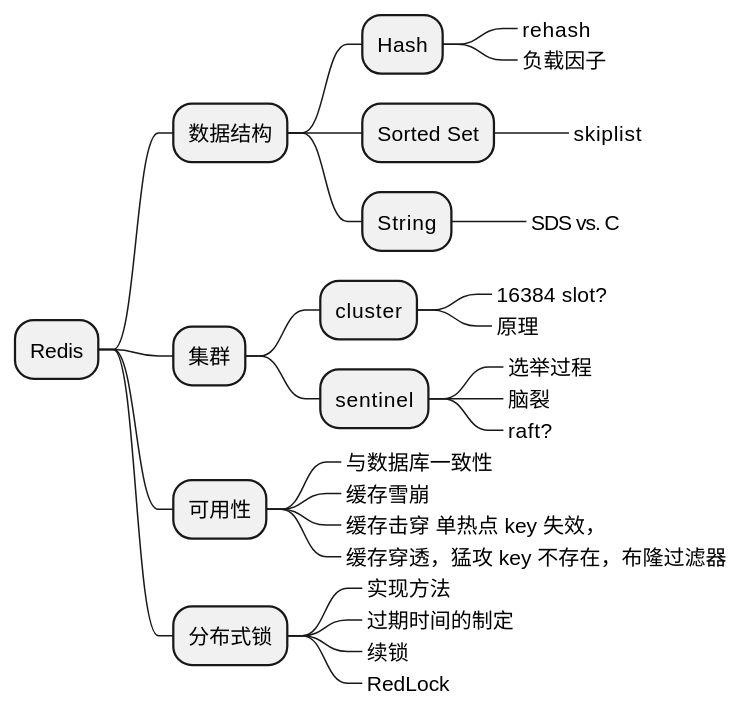
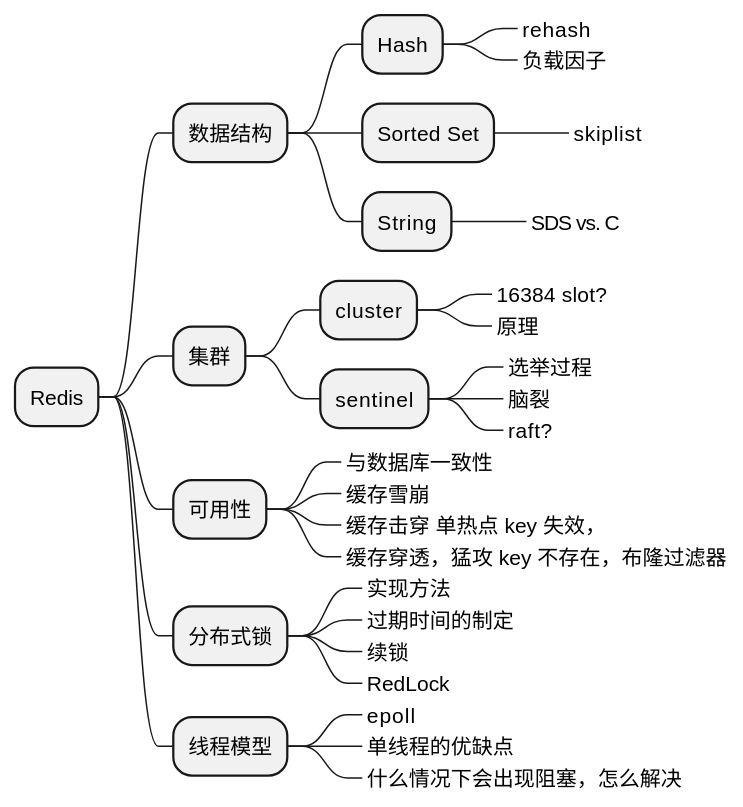
One commit to Gh0st99/Gh0st99.github.io changed the sixth of 7 diagrams in _posts/2021-05-27-查漏补缺.md. Above: the diagram before and after it, drawn with PlantUML. The commit also changed other lines of this file, not shown here.

````diff
--- a/_posts/2021-05-27-查漏补缺.md
+++ b/_posts/2021-05-27-查漏补缺.md
@@ -157,37 +268,41 @@
 ```plantuml
 @startmindmap
 * Redis
 ** 数据结构
 *** Hash
 ****_ rehash
 ****_ 负载因子
 *** Sorted Set
 ****_ skiplist
 *** String
 ****_ SDS vs. C
 
 
 ** 集群
 *** cluster
 ****_ 16384 slot?
 ****_ 原理
 
 *** sentinel
 ****_ 选举过程
 ****_ 脑裂
 ****_ raft?
 
 ** 可用性
 ***_ 与数据库一致性
 ***_ 缓存雪崩
 ***_ 缓存击穿 单热点 key 失效，
 ***_ 缓存穿透，猛攻 key 不存在，布隆过滤器
 
 ** 分布式锁
 ***_ 实现方法
 ***_ 过期时间的制定
 ***_ 续锁
 ***_ RedLock
 
+** 线程模型
+***_ epoll
+***_ 单线程的优缺点
+***_ 什么情况下会出现阻塞，怎么解决
 @endmindmap
 ```
````
